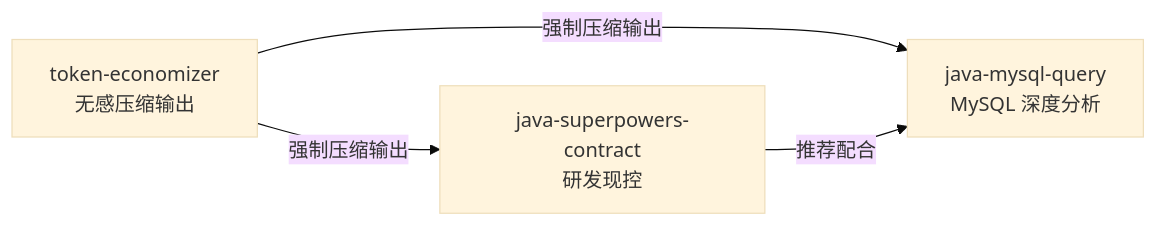
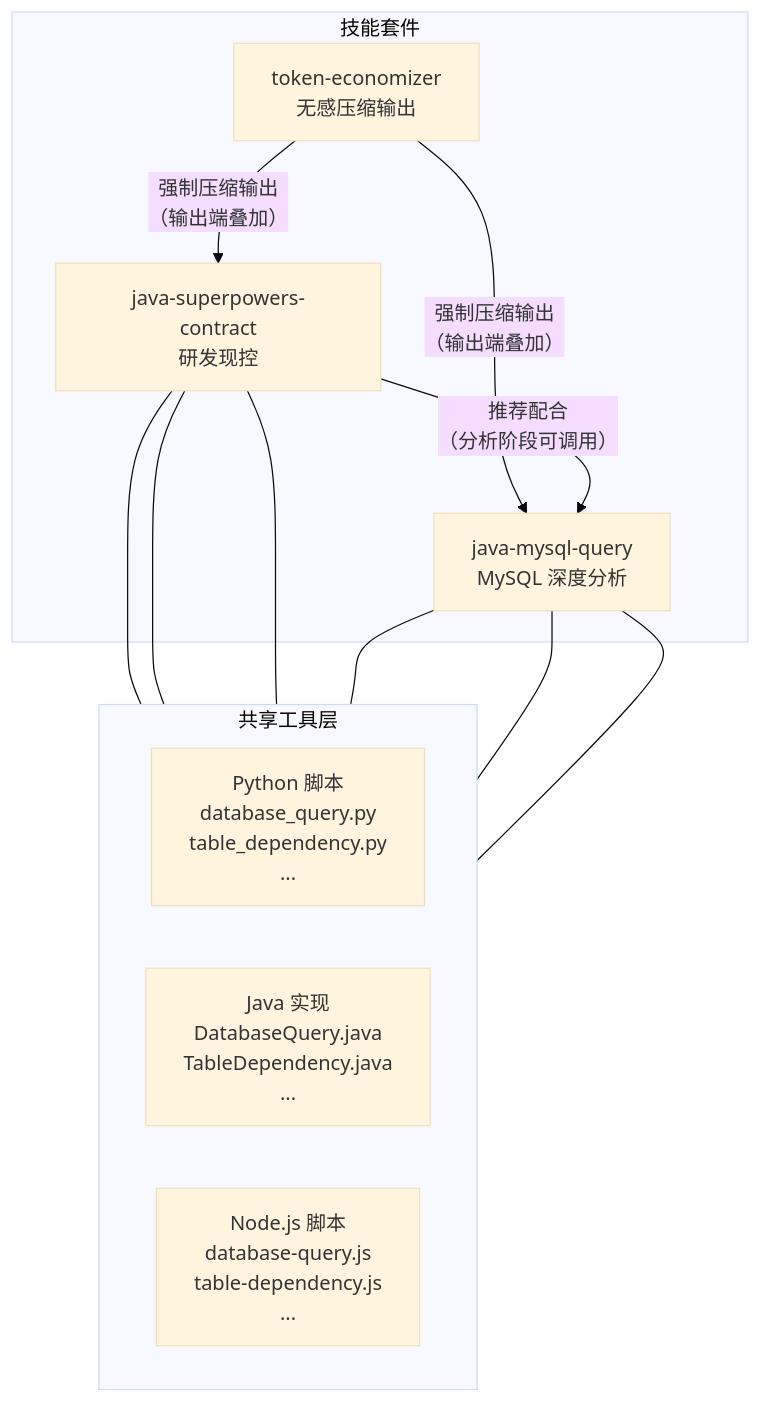
Before and after one commit to chichengyu/java-developer-skill: the first of 2 diagrams in README.md, drawn with Mermaid (base theme). The commit also changed other lines of this file, not shown here.

````diff
--- a/README.md
+++ b/README.md
@@ -36,6 +73,26 @@
 ```mermaid
-flowchart LR
-    TE["token-economizer<br/>无感压缩输出"] -->|强制压缩输出| JSC["java-superpowers-contract<br/>研发现控"]
-    TE -->|强制压缩输出| JMQ["java-mysql-query<br/>MySQL 深度分析"]
-    JSC -->|推荐配合| JMQ
+flowchart TB
+    subgraph 技能套件
+        TE["token-economizer<br/>无感压缩输出"]
+        JSC["java-superpowers-contract<br/>研发现控"]
+        JMQ["java-mysql-query<br/>MySQL 深度分析"]
+    end
+
+    TE -->|"强制压缩输出<br/>（输出端叠加）"| JSC
+    TE -->|"强制压缩输出<br/>（输出端叠加）"| JMQ
+    JSC -->|"推荐配合<br/>（分析阶段可调用）"| JMQ
+
+    subgraph 共享工具层
+        direction LR
+        PY["Python 脚本<br/>database_query.py<br/>table_dependency.py<br/>..."]
+        JV["Java 实现<br/>DatabaseQuery.java<br/>TableDependency.java<br/>..."]
+        JS["Node.js 脚本<br/>database-query.js<br/>table-dependency.js<br/>..."]
+    end
+
+    JSC --- PY
+    JSC --- JV
+    JSC --- JS
+    JMQ --- PY
+    JMQ --- JV
+    JMQ --- JS
 ```
````
